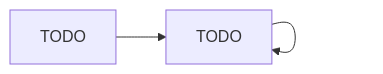
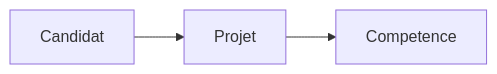
One commit to Angy-JORDs/2026-2027-rouen-portfolio-les-apprentis changed the second of 2 diagrams in ARCHITECTURE.md. Above: the diagram before and after it, drawn with Mermaid. The commit also changed other lines of this file, not shown here.

````diff
--- a/ARCHITECTURE.md
+++ b/ARCHITECTURE.md
@@ -149,5 +149,5 @@
 ```mermaid
 graph LR
     %% TODO : vos nœuds et relations orientées, ex. (Candidat)-[:A_REALISE]->(Projet)-[:UTILISE]->(Competence)-[:APPARTIENT_A]->(Domaine)
-    A[TODO] --> B[TODO] --> B[TODO]
+    A[Candidat] --> B[Projet] --> C[Competence]
 ```
````
